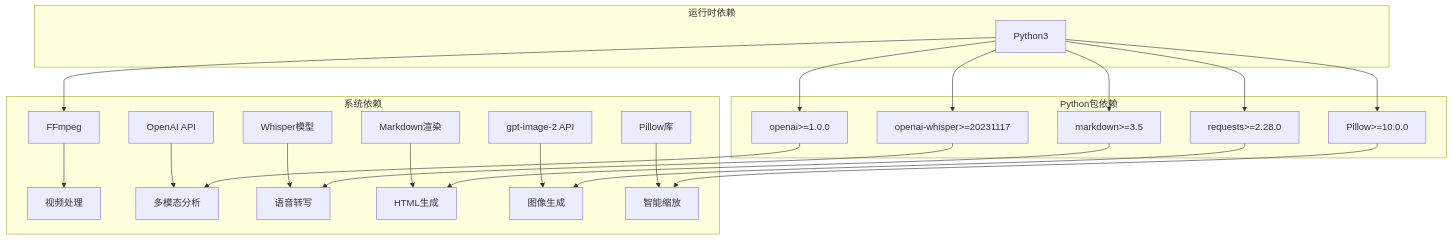
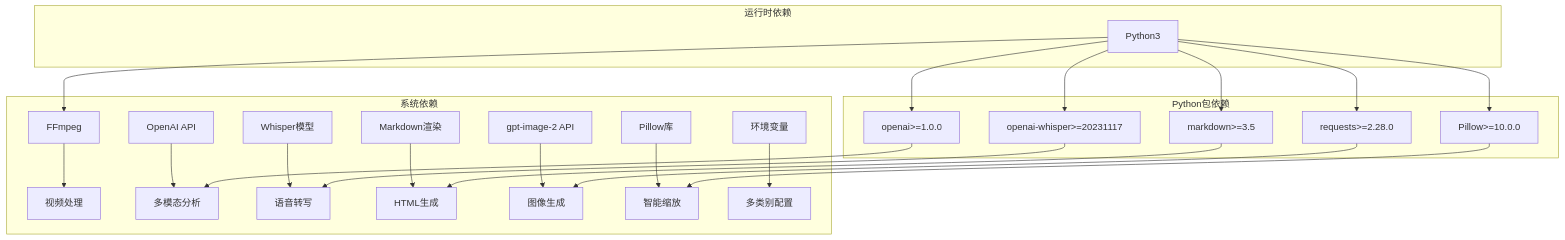
Diagram 12 of 12 in .qoder/repowiki/zh/content/开发者指南.md (WongMingJiu/landingpage-test-hero-page), drawn with Mermaid before and after one commit. The commit also changed other lines of this file and 6 other files, not shown here.

````diff
--- a/.qoder/repowiki/zh/content/开发者指南.md
+++ b/.qoder/repowiki/zh/content/开发者指南.md
@@ -461,26 +648,27 @@
 ```mermaid
 graph TB
 subgraph "系统依赖"
 A[FFmpeg] --> B[视频处理]
 C[OpenAI API] --> D[多模态分析]
 E[Whisper模型] --> F[语音转写]
 G[Markdown渲染] --> H[HTML生成]
 I[gpt-image-2 API] --> J[图像生成]
 K[Pillow库] --> L[智能缩放]
+M[环境变量] --> N[多类别配置]
 end
 subgraph "Python包依赖"
-M[openai>=1.0.0] --> D
-N[openai-whisper>=20231117] --> F
-O[markdown>=3.5] --> H
-P[requests>=2.28.0] --> J
-Q[Pillow>=10.0.0] --> L
+O[openai>=1.0.0] --> D
+P[openai-whisper>=20231117] --> F
+Q[markdown>=3.5] --> H
+R[requests>=2.28.0] --> J
+S[Pillow>=10.0.0] --> L
 end
 subgraph "运行时依赖"
-R[Python3] --> A
-R --> M
-R --> N
-R --> O
-R --> P
-R --> Q
+T[Python3] --> A
+T --> O
+T --> P
+T --> Q
+T --> R
+T --> S
 end
 ```
````
